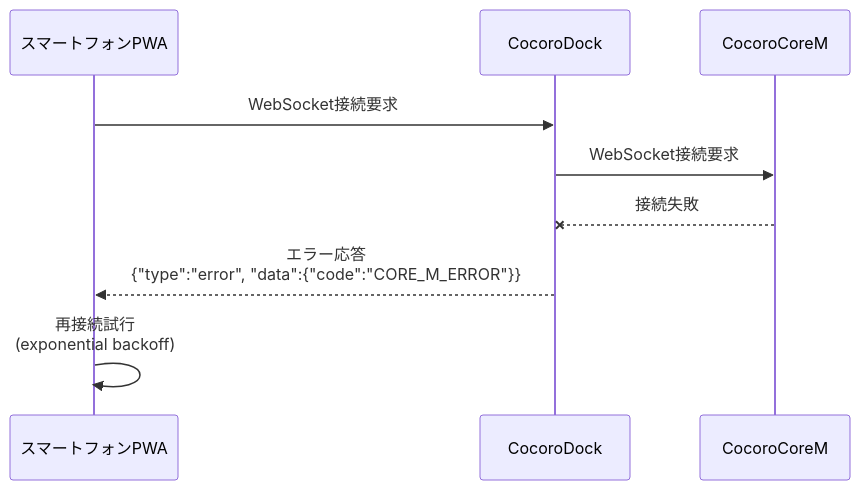
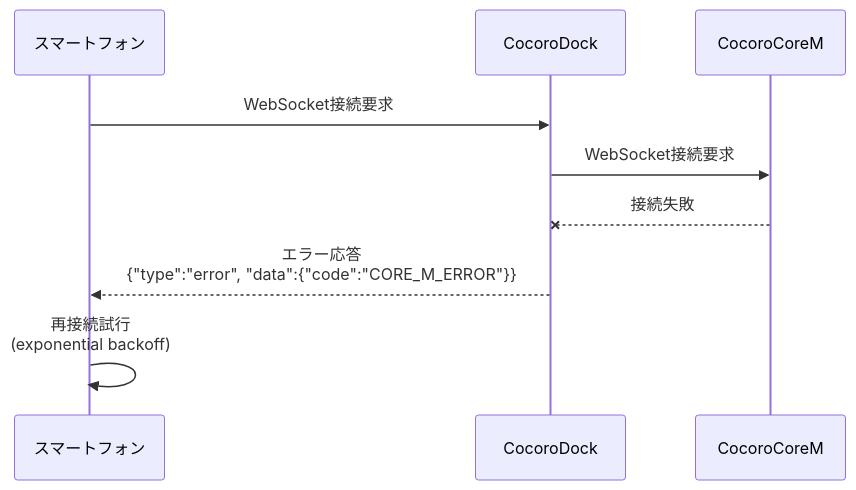
Before and after one commit to hirona98/CocoroCoreM: the fifth of 6 diagrams in docs/CocoroAI_Web対応処理シーケンス.md, drawn with Mermaid. The commit also changed other lines of this file and 1 other file, not shown here.

````diff
--- a/docs/CocoroAI_Web対応処理シーケンス.md
+++ b/docs/CocoroAI_Web対応処理シーケンス.md
@@ -233,12 +232,12 @@
 ```mermaid
 sequenceDiagram
-    participant PWA as スマートフォンPWA
+    participant ブラウザ as スマートフォン
     participant Dock as CocoroDock
     participant Core as CocoroCoreM
     
-    PWA->>Dock: WebSocket接続要求
+    ブラウザ->>Dock: WebSocket接続要求
     Dock->>Core: WebSocket接続要求
     Core--xDock: 接続失敗
-    Dock-->>PWA: エラー応答<br/>{"type":"error", "data":{"code":"CORE_M_ERROR"}}
-    PWA->>PWA: 再接続試行<br/>(exponential backoff)
+    Dock-->>ブラウザ: エラー応答<br/>{"type":"error", "data":{"code":"CORE_M_ERROR"}}
+    ブラウザ->>ブラウザ: 再接続試行<br/>(exponential backoff)
 ```
````
